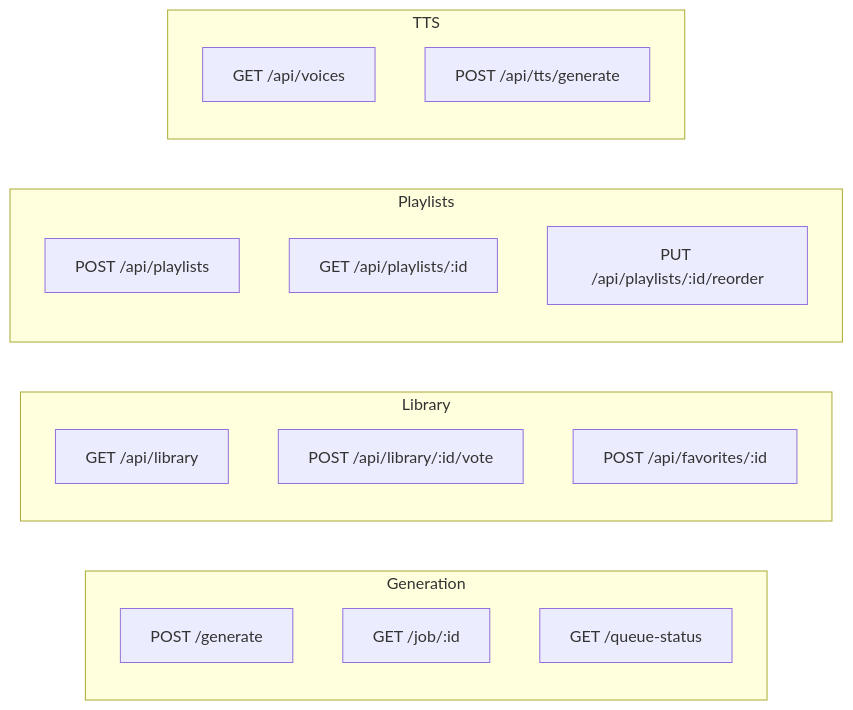
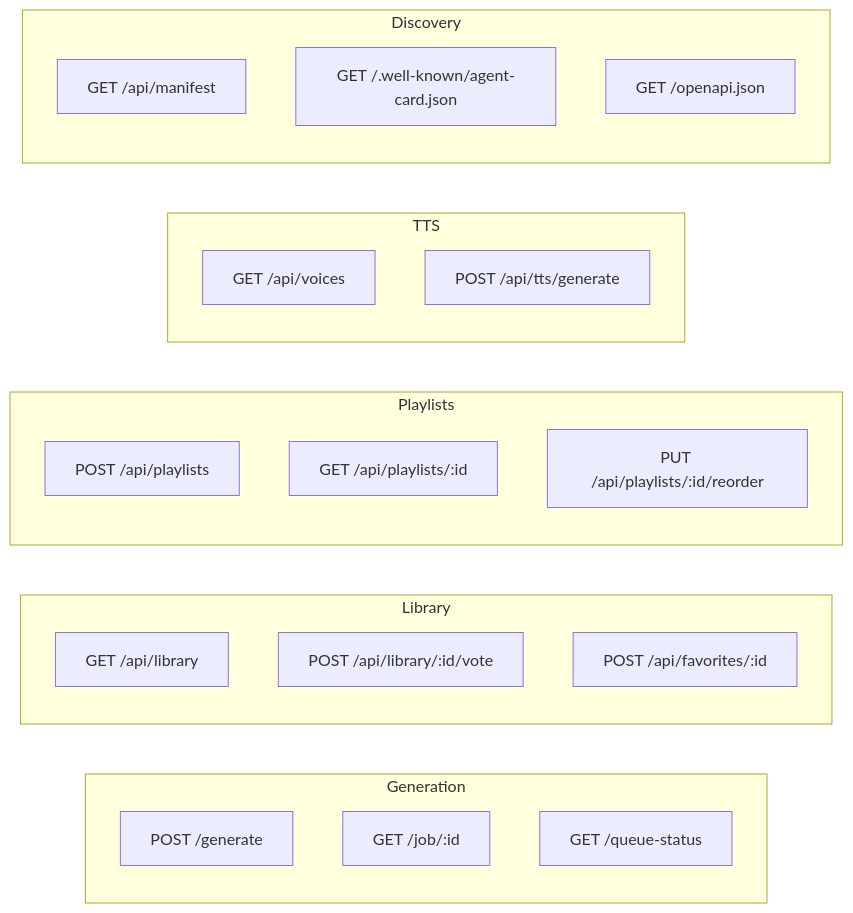
The diagram in docs/api/README.md (Valpatel/app-soundbox), drawn with Mermaid before and after one commit. The commit also changed other lines of this file and 26 other files, not shown here.

````diff
--- a/docs/api/README.md
+++ b/docs/api/README.md
@@ -5,25 +5,31 @@
 ```mermaid
 graph LR
     subgraph Generation
         G1[POST /generate]
         G2[GET /job/:id]
         G3[GET /queue-status]
     end
 
     subgraph Library
         L1[GET /api/library]
         L2[POST /api/library/:id/vote]
         L3[POST /api/favorites/:id]
     end
 
     subgraph Playlists
         P1[POST /api/playlists]
         P2[GET /api/playlists/:id]
         P3[PUT /api/playlists/:id/reorder]
     end
 
     subgraph TTS
         T1[GET /api/voices]
         T2[POST /api/tts/generate]
     end
+
+    subgraph Discovery
+        D1[GET /api/manifest]
+        D2[GET /.well-known/agent-card.json]
+        D3[GET /openapi.json]
+    end
 ```
````
